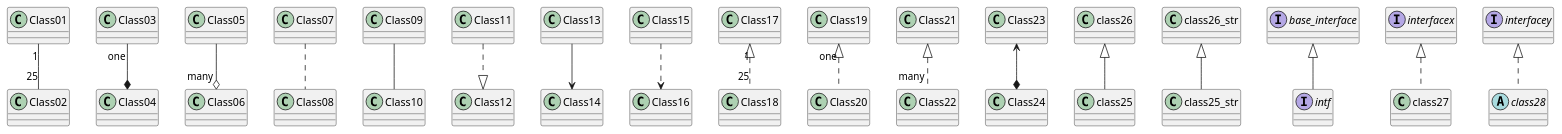
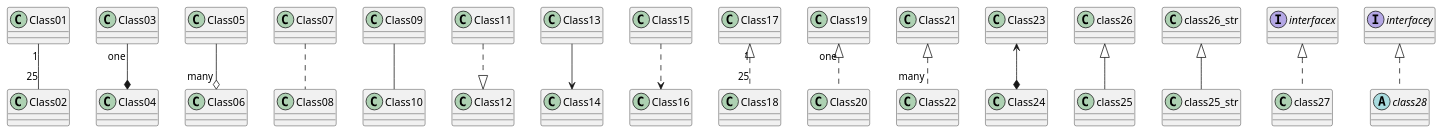
Before and after one commit to Tomas124589/pyplaml: the diagram in examples/03_relations.puml, drawn with PlantUML. The commit also changed 6 other files, not shown here.

```diff
--- a/examples/03_relations.puml
+++ b/examples/03_relations.puml
@@ -1,20 +1,20 @@
 @startuml "Relations"
 Class01 "1" -- "25" Class02
 Class03 "one" --* Class04
 Class05 --o "many" Class06
 Class07 .. Class08
 Class09 -- Class10
 Class11 ..|> Class12
 Class13 --> Class14
 Class15 ..> Class16
 Class17 "1" <|.. "25" Class18
 Class19 "one" <|.. Class20
 Class21 <|.. "many" Class22
 Class23 <--* Class24
 
 class class25 extends class26
 class "class25_str" extends "class26_str"
-interface intf EXTENDS base_interface
+'interface intf EXTENDS base_interface
 class class27 implements interfacex
 abstract class28 implements interfacey
 @enduml
```
